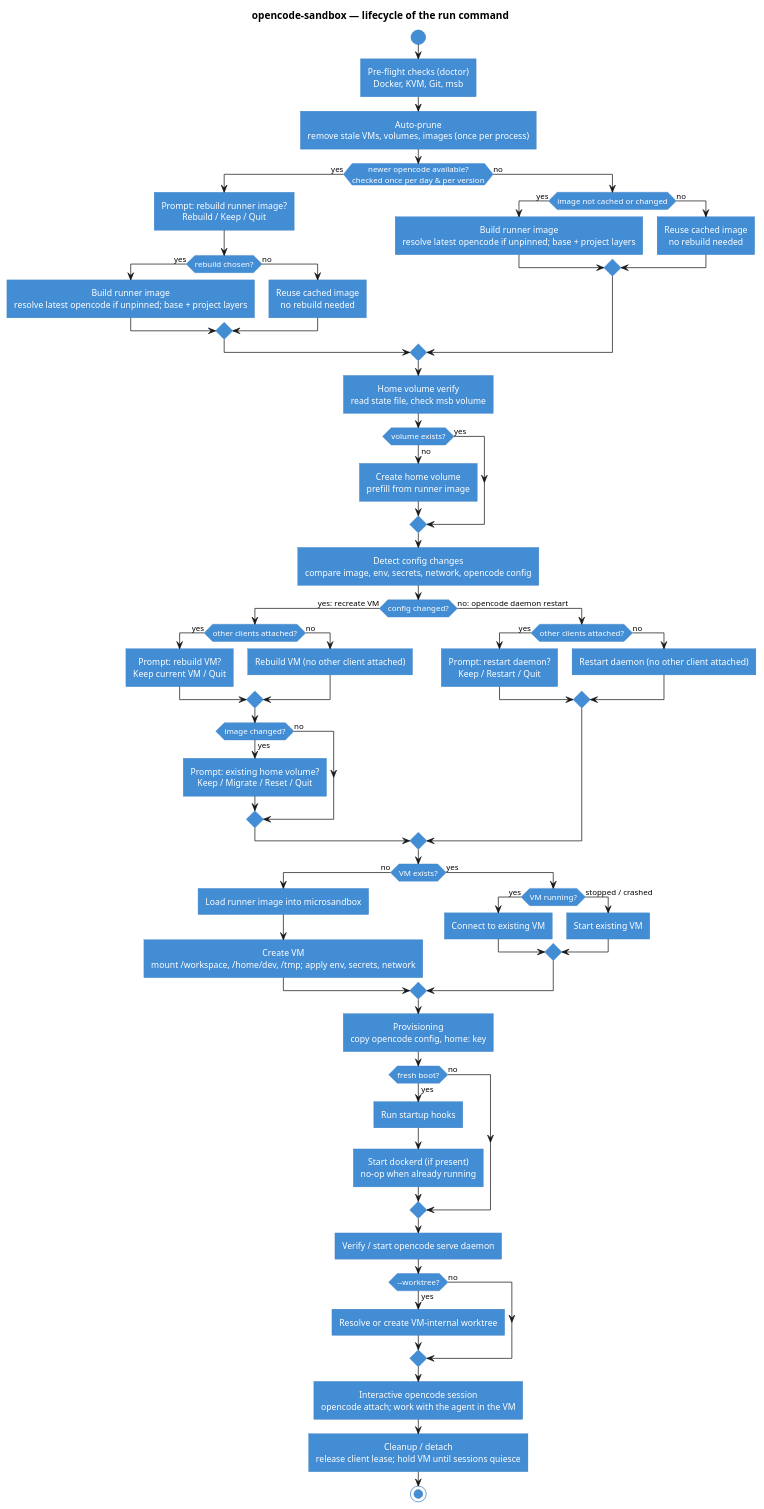
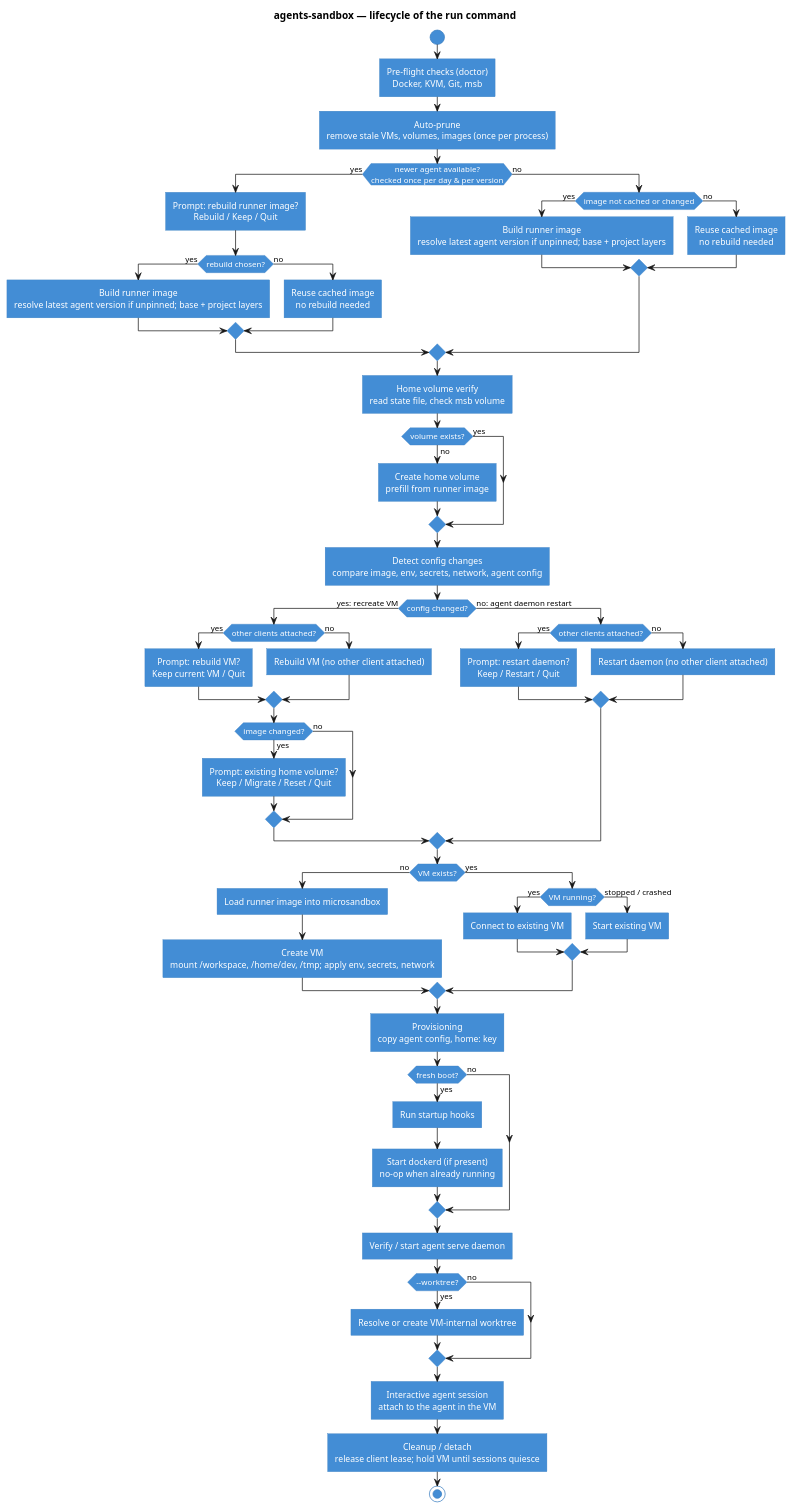
One commit to inoio/agents-sandbox changed the diagram in docs/diagrams/lifecycle.puml. Above: the diagram before and after it, drawn with PlantUML. The commit also changed 292 other files, not shown here.

Commit message:
chore: rebranding from opencode-sandbox to agents-sandbox

```diff
--- a/docs/diagrams/lifecycle.puml
+++ b/docs/diagrams/lifecycle.puml
@@ -1,94 +1,94 @@
 @startuml
 skinparam defaultTextAlignment center
 skinparam roundCorner 0
 skinparam activityBackgroundColor #438DD5
 skinparam activityBorderColor #3C7FC0
 skinparam activityFontColor #FFF
 skinparam activityDiamondBackgroundColor #438DD5
 skinparam activityDiamondBorderColor #3C7FC0
 skinparam activityDiamondFontColor #FFF
 skinparam arrowColor #181818
 <style>
 activityDiagram {
   circle {
     LineColor #3C7FC0
     BackGroundColor #438DD5
   }
 }
 </style>
-' opencode-sandbox — invocation lifecycle (from internal/sandbox/vm/run_orchestrate.go)
-title opencode-sandbox — lifecycle of the run command
+' agents-sandbox — invocation lifecycle (from internal/sandbox/vm/run_orchestrate.go)
+title agents-sandbox — lifecycle of the run command
 
 start
 :Pre-flight checks (doctor)\nDocker, KVM, Git, msb;
 :Auto-prune\nremove stale VMs, volumes, images (once per process);
 
-if (newer opencode available?\nchecked once per day & per version) then (yes)
+if (newer agent available?\nchecked once per day & per version) then (yes)
     :Prompt: rebuild runner image?\nRebuild / Keep / Quit;
     if (rebuild chosen?) then (yes)
-        :Build runner image\nresolve latest opencode if unpinned; base + project layers;
+        :Build runner image\nresolve latest agent version if unpinned; base + project layers;
     else (no)
         :Reuse cached image\nno rebuild needed;
     endif
 else (no)
     if (image not cached or changed) then (yes)
-        :Build runner image\nresolve latest opencode if unpinned; base + project layers;
+        :Build runner image\nresolve latest agent version if unpinned; base + project layers;
     else (no)
         :Reuse cached image\nno rebuild needed;
     endif
 endif
 :Home volume verify\nread state file, check msb volume;
 if (volume exists?) then (no)
     :Create home volume\nprefill from runner image;
 else (yes)
 endif
 
-:Detect config changes\ncompare image, env, secrets, network, opencode config;
+:Detect config changes\ncompare image, env, secrets, network, agent config;
 if (config changed?) then (yes: recreate VM)
     if (other clients attached?) then (yes)
         :Prompt: rebuild VM?\nKeep current VM / Quit;
     else (no)
         :Rebuild VM (no other client attached);
     endif
     if (image changed?) then (yes)
         :Prompt: existing home volume?\nKeep / Migrate / Reset / Quit;
     else (no)
     endif
-else (no: opencode daemon restart)
+else (no: agent daemon restart)
     if (other clients attached?) then (yes)
         :Prompt: restart daemon?\nKeep / Restart / Quit;
     else (no)
         :Restart daemon (no other client attached);
     endif
 endif
 
 if (VM exists?) then (no)
     :Load runner image into microsandbox;
     :Create VM\nmount /workspace, /home/dev, /tmp; apply env, secrets, network;
 else (yes)
     if (VM running?) then (yes)
         :Connect to existing VM;
     else (stopped / crashed)
         :Start existing VM;
     endif
 endif
 
-:Provisioning\ncopy opencode config, home: key;
+:Provisioning\ncopy agent config, home: key;
 if (fresh boot?) then (yes)
     :Run startup hooks;
     :Start dockerd (if present)\nno-op when already running;
 else (no)
 endif
-:Verify / start opencode serve daemon;
+:Verify / start agent serve daemon;
 
 if (--worktree?) then (yes)
     :Resolve or create VM-internal worktree;
 else (no)
 endif
 
-:Interactive opencode session\nopencode attach; work with the agent in the VM;
+:Interactive agent session\nattach to the agent in the VM;
 
 :Cleanup / detach\nrelease client lease; hold VM until sessions quiesce;
 
 stop
 @enduml
```
